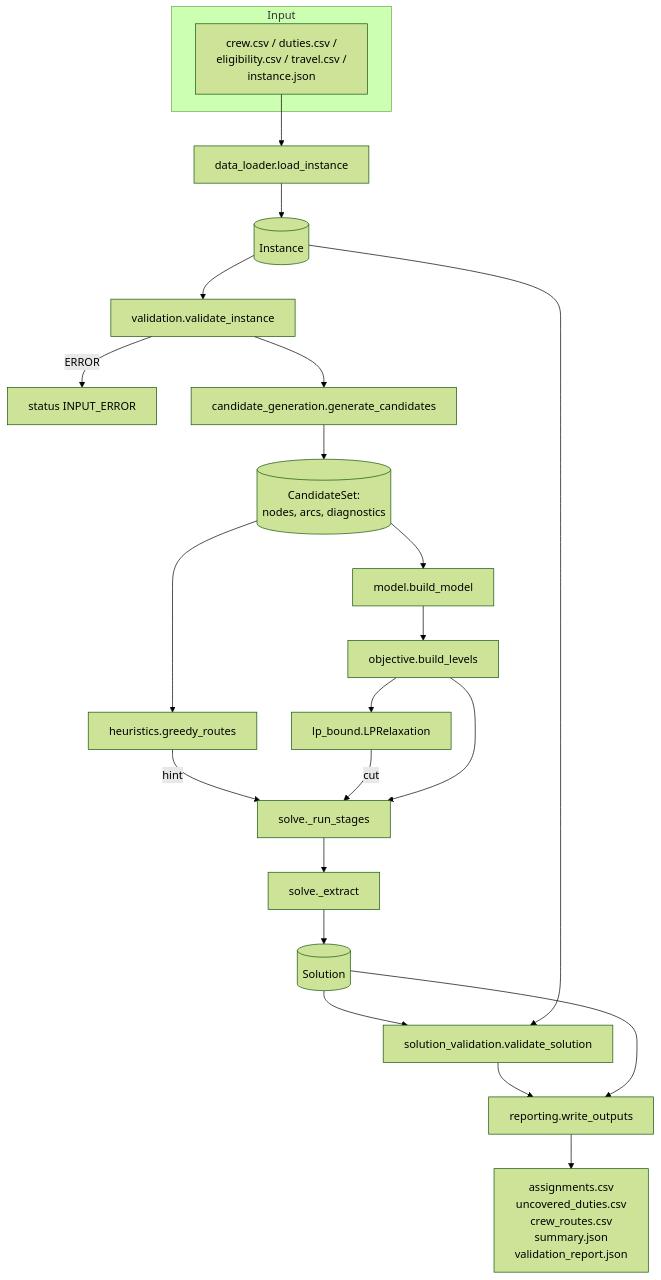
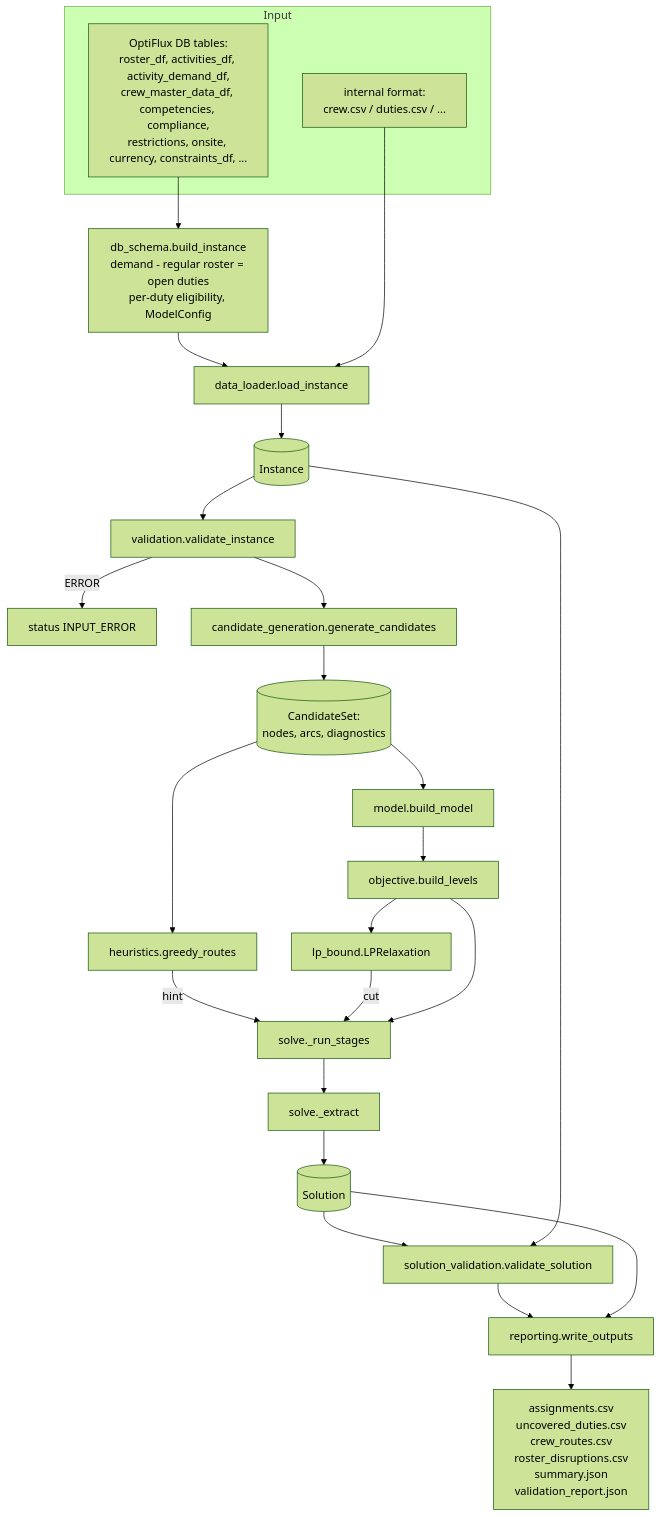
One commit to sourendra-optiflux/Railway-Crew-Rostering-Optimization changed the first of 2 diagrams in docs/codebase_guide.md. Above: the diagram before and after it, drawn with Mermaid (forest theme). The commit also changed other lines of this file and 130 other files, not shown here.

````diff
--- a/docs/codebase_guide.md
+++ b/docs/codebase_guide.md
@@ -73,26 +75,29 @@
 ```mermaid
 flowchart TD
     subgraph Input
-      CSV[crew.csv / duties.csv /<br/>eligibility.csv / travel.csv /<br/>instance.json]
+      DB[OptiFlux DB tables:<br/>roster_df, activities_df, activity_demand_df,<br/>crew_master_data_df, competencies, compliance,<br/>restrictions, onsite, currency, constraints_df, ...]
+      CSV[internal format:<br/>crew.csv / duties.csv / ...]
     end
+    DB --> DBS[db_schema.build_instance<br/>demand - regular roster = open duties<br/>per-duty eligibility, ModelConfig]
+    DBS --> L
     CSV --> L[data_loader.load_instance]
     L --> I[(Instance)]
     I --> V[validation.validate_instance]
     V -->|ERROR| STOP[status INPUT_ERROR]
     V --> CG[candidate_generation.generate_candidates]
     CG --> CS[(CandidateSet:<br/>nodes, arcs, diagnostics)]
     CS --> GR[heuristics.greedy_routes]
     CS --> BM[model.build_model]
     BM --> OBJ[objective.build_levels]
     OBJ --> LP[lp_bound.LPRelaxation]
     GR -->|hint| ST[solve._run_stages]
     LP -->|cut| ST
     OBJ --> ST
     ST --> EX[solve._extract]
     EX --> SOL[(Solution)]
     SOL --> SV[solution_validation.validate_solution]
     I --> SV
     SV --> REP[reporting.write_outputs]
     SOL --> REP
-    REP --> OUT[assignments.csv<br/>uncovered_duties.csv<br/>crew_routes.csv<br/>summary.json<br/>validation_report.json]
+    REP --> OUT[assignments.csv<br/>uncovered_duties.csv<br/>crew_routes.csv<br/>roster_disruptions.csv<br/>summary.json<br/>validation_report.json]
 ```
````
